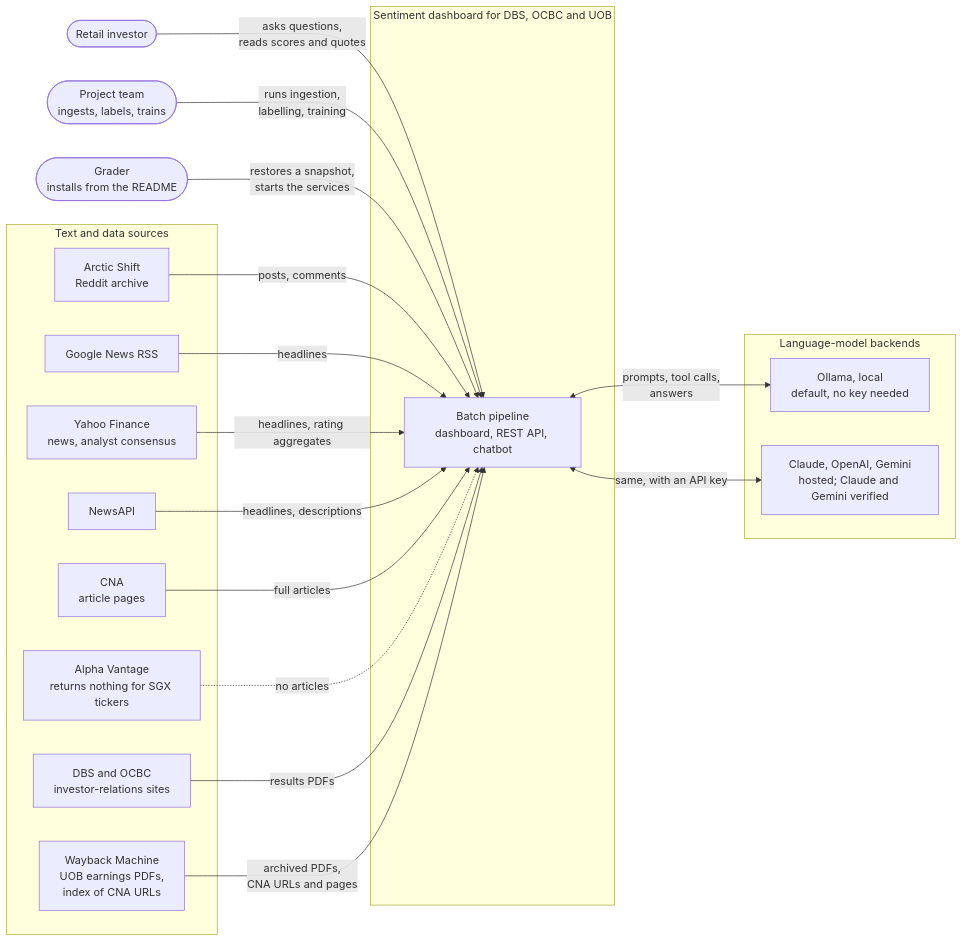
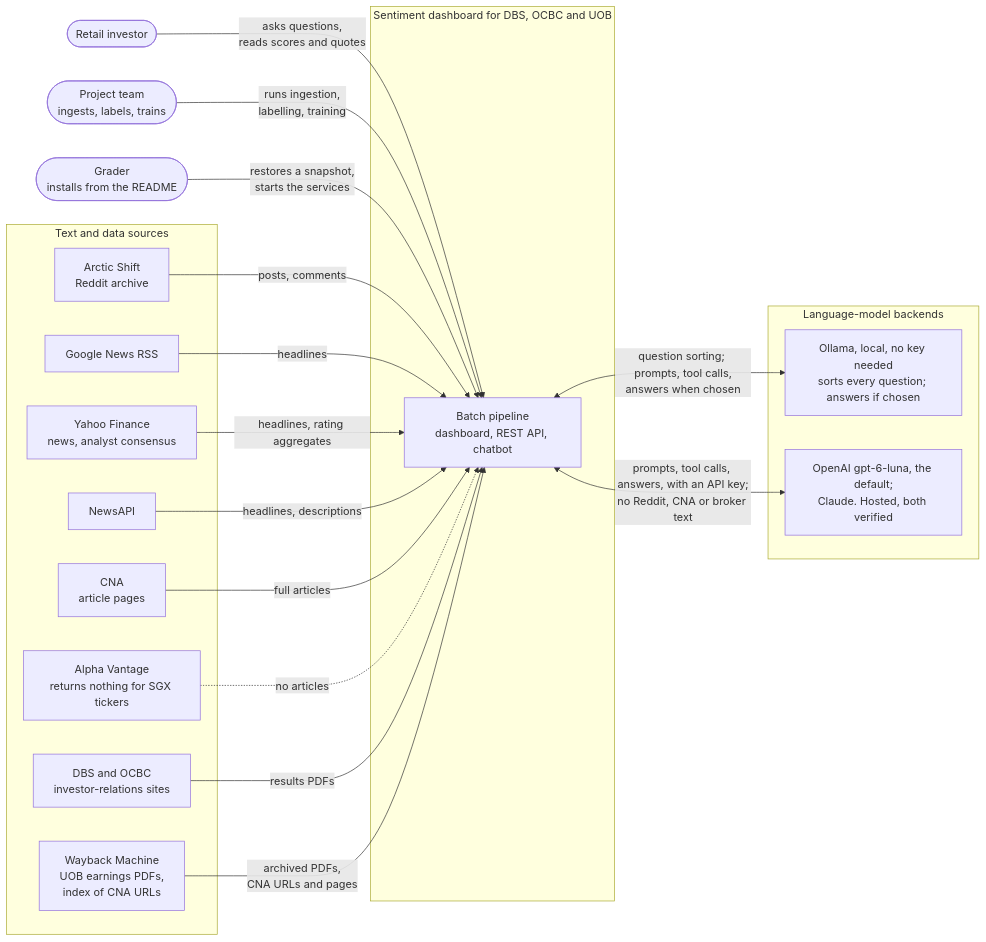
One commit to Gavingyh/plp-project changed the diagram in docs/diagrams/01-system-context.md. Above: the diagram before and after it, drawn with Mermaid. The commit also changed other lines of this file and 32 other files, not shown here.

First line of the commit message:
Bring the diagrams up to date with the merged code

````diff
--- a/docs/diagrams/01-system-context.md
+++ b/docs/diagrams/01-system-context.md
@@ -7,45 +7,45 @@
 ```mermaid
 flowchart LR
   accTitle: System context
   accDescr: The sentiment system with its three kinds of user, its five text and data sources, and its four model backends.
 
   investor(["Retail investor"])
   team(["Project team<br/>ingests, labels, trains"])
   grader(["Grader<br/>installs from the README"])
 
   subgraph sys["Sentiment dashboard for DBS, OCBC and UOB"]
     core["Batch pipeline<br/>dashboard, REST API, chatbot"]
   end
 
   subgraph sources["Text and data sources"]
     reddit["Arctic Shift<br/>Reddit archive"]
     gnews["Google News RSS"]
     yahoo["Yahoo Finance<br/>news, analyst consensus"]
     newsapi["NewsAPI"]
     cna["CNA<br/>article pages"]
     av["Alpha Vantage<br/>returns nothing for SGX tickers"]
     ir["DBS and OCBC<br/>investor-relations sites"]
     wayback["Wayback Machine<br/>UOB earnings PDFs,<br/>index of CNA URLs"]
   end
 
   subgraph llms["Language-model backends"]
-    ollama["Ollama, local<br/>default, no key needed"]
-    hosted["Claude, OpenAI, Gemini<br/>hosted; Claude and Gemini verified"]
+    ollama["Ollama, local, no key needed<br/>sorts every question; answers if chosen"]
+    hosted["OpenAI gpt-6-luna, the default;<br/>Claude. Hosted, both verified"]
   end
 
   investor -- "asks questions,<br/>reads scores and quotes" --> core
   team -- "runs ingestion,<br/>labelling, training" --> core
   grader -- "restores a snapshot,<br/>starts the services" --> core
 
   reddit -- "posts, comments" --> core
   gnews -- "headlines" --> core
   yahoo -- "headlines, rating aggregates" --> core
   newsapi -- "headlines, descriptions" --> core
   cna -- "full articles" --> core
   av -. "no articles" .-> core
   ir -- "results PDFs" --> core
   wayback -- "archived PDFs,<br/>CNA URLs and pages" --> core
 
-  core <-- "prompts, tool calls,<br/>answers" --> ollama
-  core <-- "same, with an API key" --> hosted
+  core <-- "question sorting; prompts, tool calls,<br/>answers when chosen" --> ollama
+  core <-- "prompts, tool calls, answers, with an API key;<br/>no Reddit, CNA or broker text" --> hosted
 ```
````
